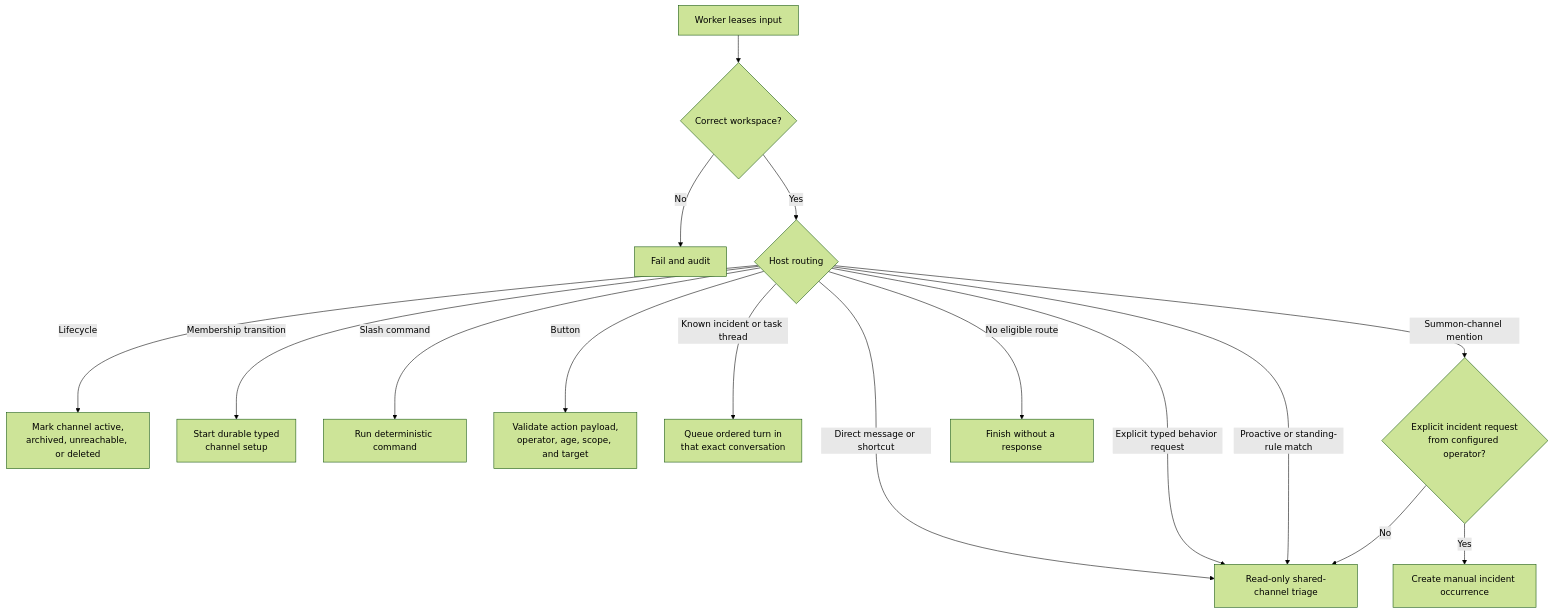
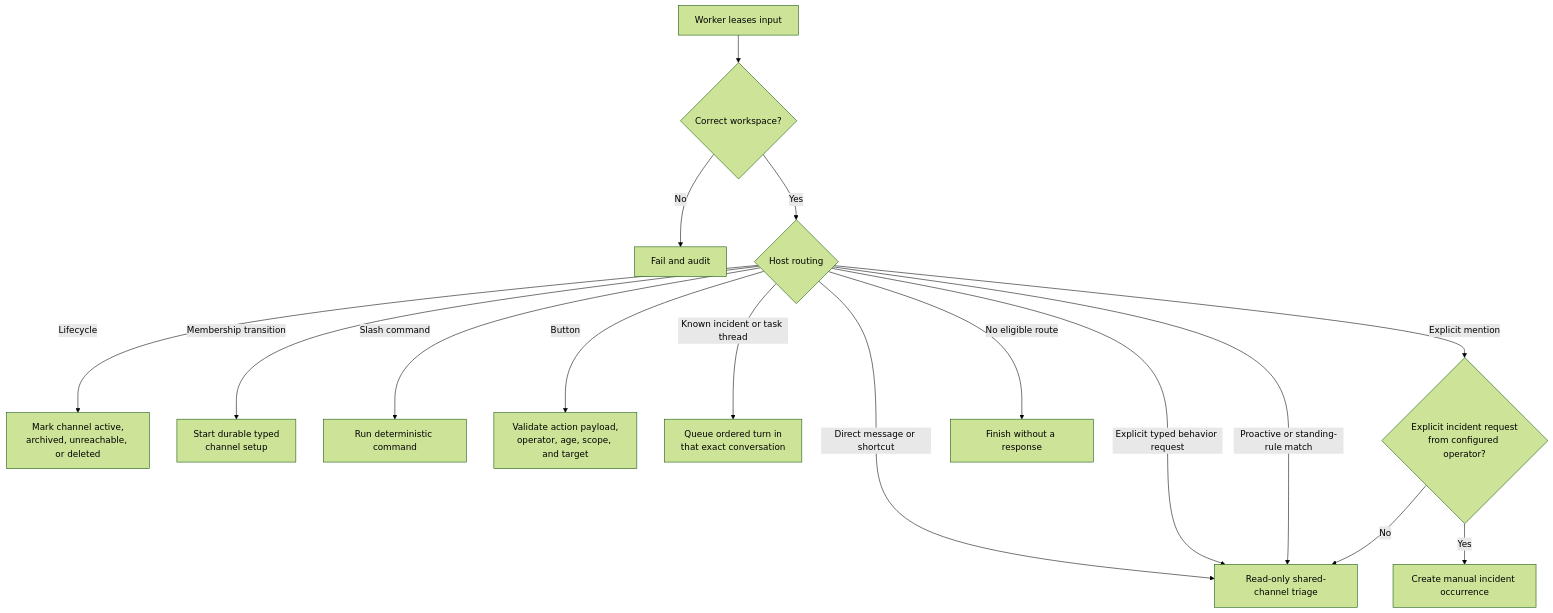
Before and after one commit to AndrewDryga/ryker: the third of 11 diagrams in docs/how-responder-works.md, drawn with Mermaid (forest theme). The commit also changed other lines of this file and 57 other files, not shown here.

````diff
--- a/docs/how-responder-works.md
+++ b/docs/how-responder-works.md
@@ -128,20 +128,20 @@
 ```mermaid
 flowchart TD
   Lease["Worker leases input"] --> Workspace{"Correct workspace?"}
   Workspace -- No --> Terminal["Fail and audit"]
   Workspace -- Yes --> Route{"Host routing"}
 
   Route -- "Lifecycle" --> Lifecycle["Mark channel active,<br/>archived, unreachable, or deleted"]
   Route -- "Membership transition" --> Setup["Start durable typed<br/>channel setup"]
   Route -- "Slash command" --> Slash["Run deterministic command"]
   Route -- "Button" --> Action["Validate action payload,<br/>operator, age, scope, and target"]
   Route -- "Known incident or task thread" --> Conversation["Queue ordered turn in<br/>that exact conversation"]
   Route -- "Direct message or shortcut" --> Triage["Read-only shared-channel triage"]
-  Route -- "Summon-channel mention" --> Summon{"Explicit incident request<br/>from configured operator?"}
+  Route -- "Explicit mention" --> Summon{"Explicit incident request<br/>from configured operator?"}
   Route -- "Explicit typed behavior request" --> Triage
   Route -- "Proactive or standing-rule match" --> Triage
   Route -- "No eligible route" --> Done["Finish without a response"]
 
   Summon -- Yes --> ManualIncident["Create manual incident occurrence"]
   Summon -- No --> Triage
 ```
````
